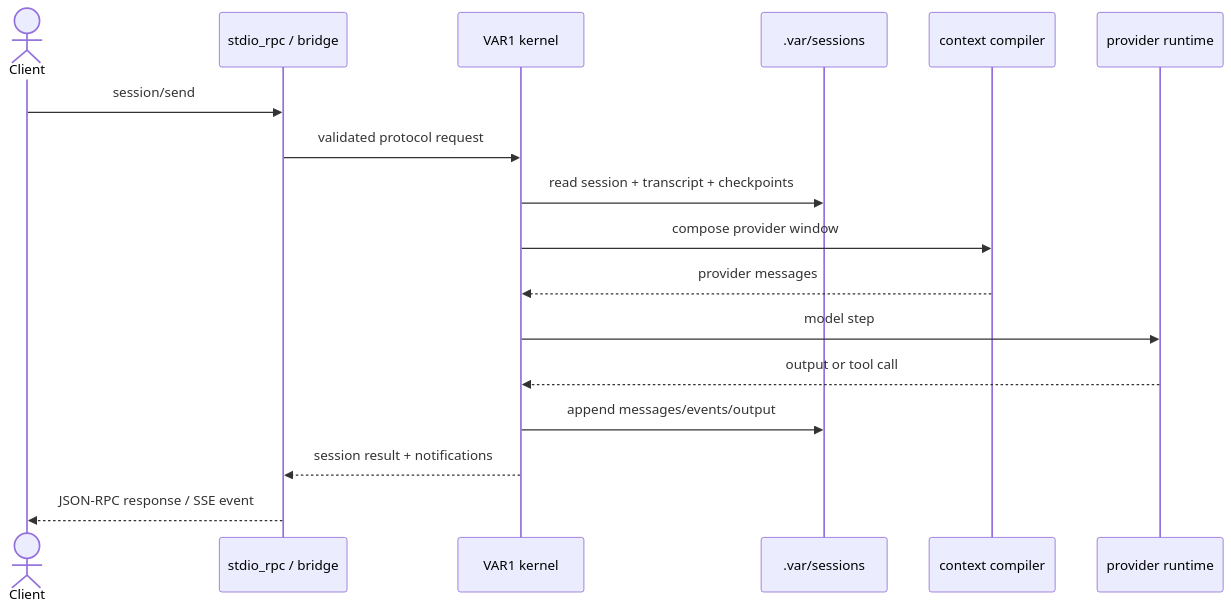
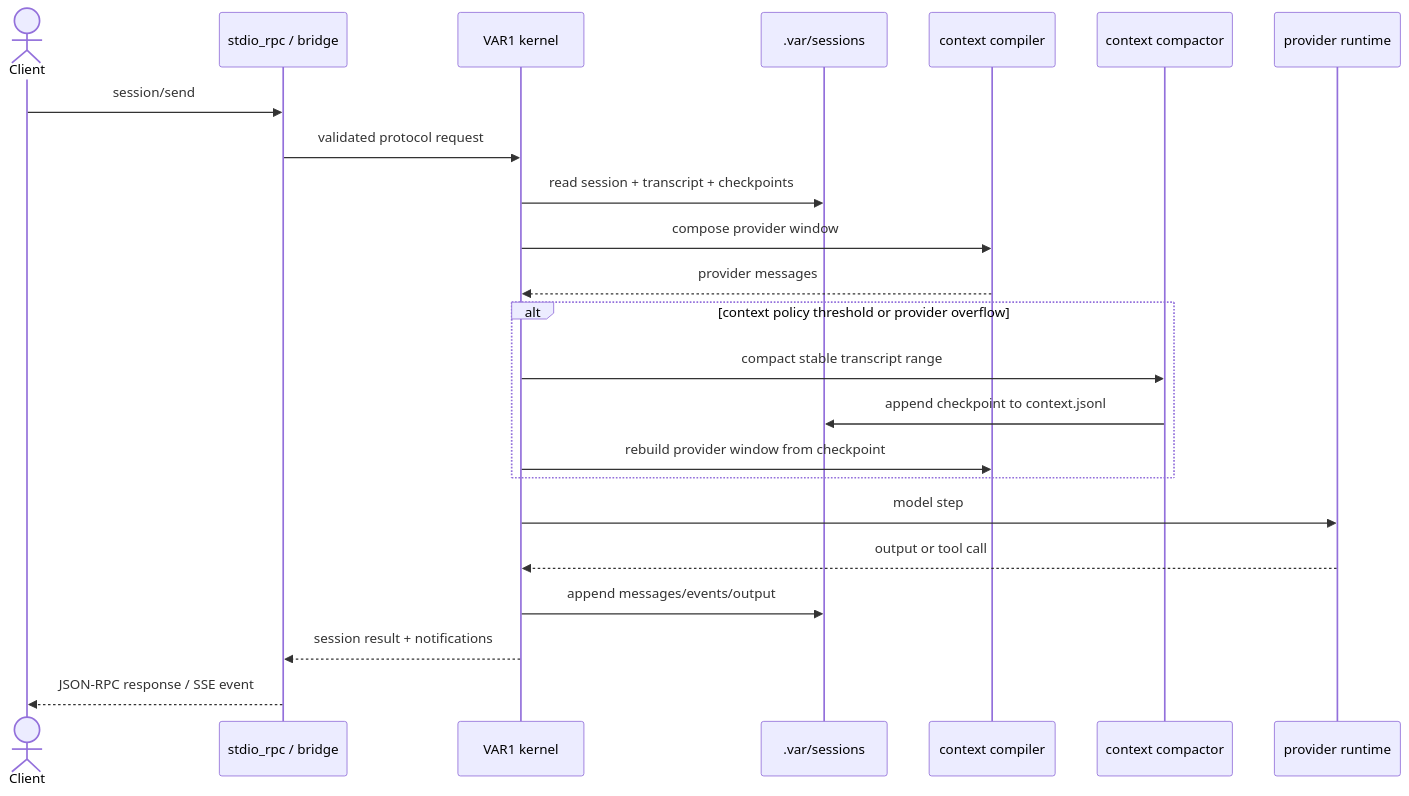
Before and after one commit to savageops/VANTARI-ONE: the third of 3 diagrams in README.md, drawn with Mermaid. The commit also changed other lines of this file and 31 other files, not shown here.

````diff
--- a/README.md
+++ b/README.md
@@ -173,20 +177,26 @@
 ```mermaid
 sequenceDiagram
   actor Client
   participant Host as stdio_rpc / bridge
   participant Kernel as VAR1 kernel
   participant Store as .var/sessions
   participant Builder as context compiler
+  participant Compactor as context compactor
   participant Provider as provider runtime
 
   Client->>Host: session/send
   Host->>Kernel: validated protocol request
   Kernel->>Store: read session + transcript + checkpoints
   Kernel->>Builder: compose provider window
   Builder-->>Kernel: provider messages
+  alt context policy threshold or provider overflow
+    Kernel->>Compactor: compact stable transcript range
+    Compactor->>Store: append checkpoint to context.jsonl
+    Kernel->>Builder: rebuild provider window from checkpoint
+  end
   Kernel->>Provider: model step
   Provider-->>Kernel: output or tool call
   Kernel->>Store: append messages/events/output
   Kernel-->>Host: session result + notifications
   Host-->>Client: JSON-RPC response / SSE event
 ```
````
